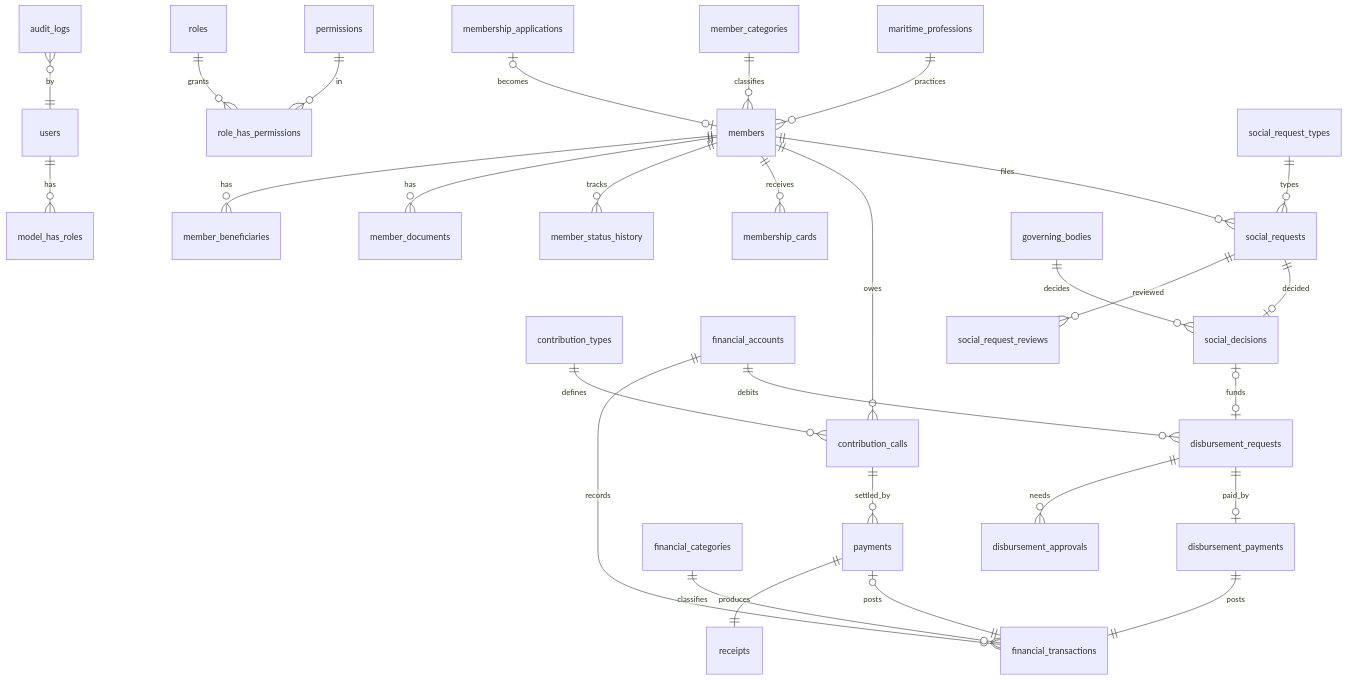
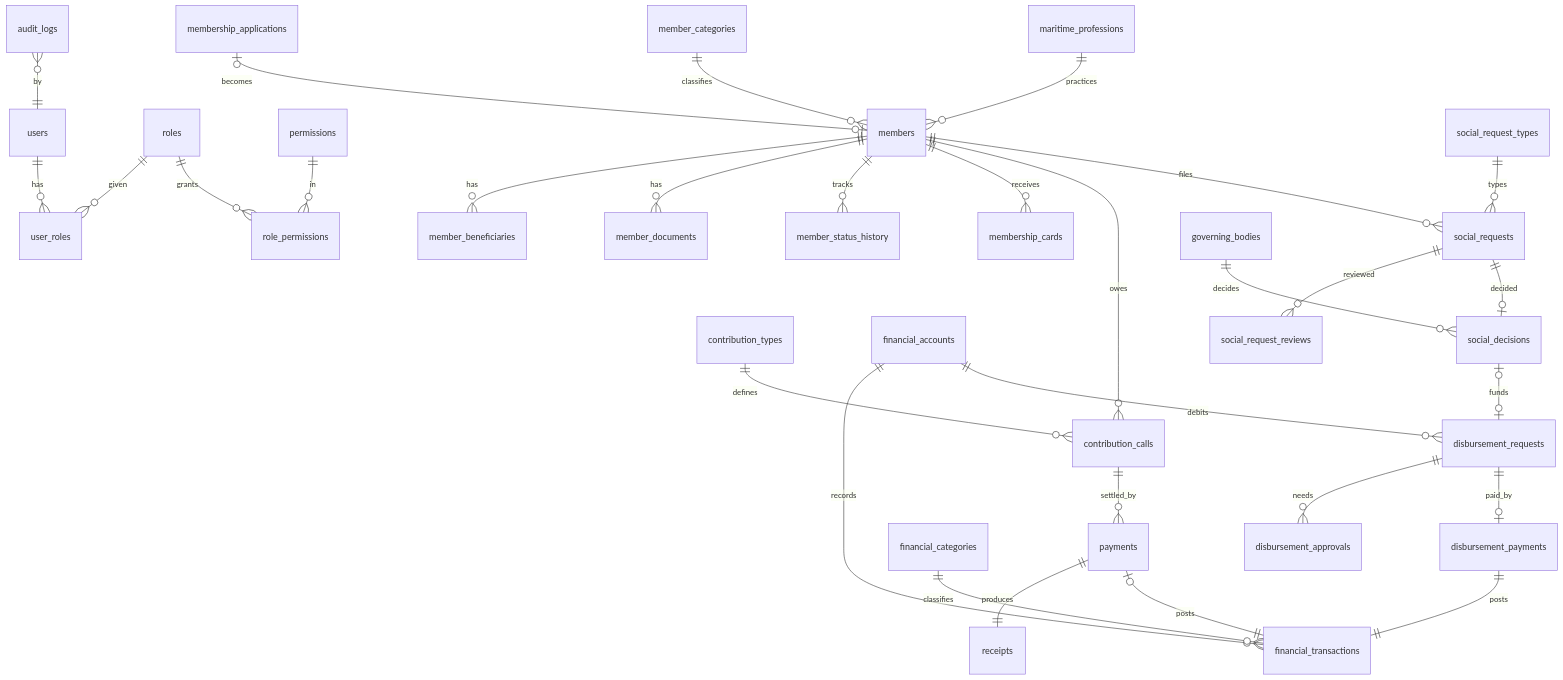
The diagram in docs/conception/04-base-de-donnees.md (papedimba/MMMGCI), drawn with Mermaid before and after one commit. The commit also changed other lines of this file and 8 other files, not shown here.

````diff
--- a/docs/conception/04-base-de-donnees.md
+++ b/docs/conception/04-base-de-donnees.md
@@ -21,31 +21,32 @@
 ```mermaid
 erDiagram
-  users ||--o{ model_has_roles : has
-  roles ||--o{ role_has_permissions : grants
-  permissions ||--o{ role_has_permissions : in
+  users ||--o{ user_roles : has
+  roles ||--o{ user_roles : given
+  roles ||--o{ role_permissions : grants
+  permissions ||--o{ role_permissions : in
   members ||--o{ member_beneficiaries : has
   members ||--o{ member_documents : has
   members ||--o{ member_status_history : tracks
   members ||--o{ membership_cards : receives
   membership_applications |o--o| members : becomes
   member_categories ||--o{ members : classifies
   maritime_professions ||--o{ members : practices
   contribution_types ||--o{ contribution_calls : defines
   members ||--o{ contribution_calls : owes
   contribution_calls ||--o{ payments : settled_by
   payments ||--|| receipts : produces
   financial_accounts ||--o{ financial_transactions : records
   financial_categories ||--o{ financial_transactions : classifies
   payments |o--|| financial_transactions : posts
   disbursement_requests ||--o{ disbursement_approvals : needs
   disbursement_requests ||--o| disbursement_payments : paid_by
   disbursement_payments ||--|| financial_transactions : posts
   financial_accounts ||--o{ disbursement_requests : debits
   members ||--o{ social_requests : files
   social_request_types ||--o{ social_requests : types
   social_requests ||--o{ social_request_reviews : reviewed
   social_requests ||--o| social_decisions : decided
   social_decisions |o--o| disbursement_requests : funds
   governing_bodies ||--o{ social_decisions : decides
   audit_logs }o--|| users : by
 ```
````
